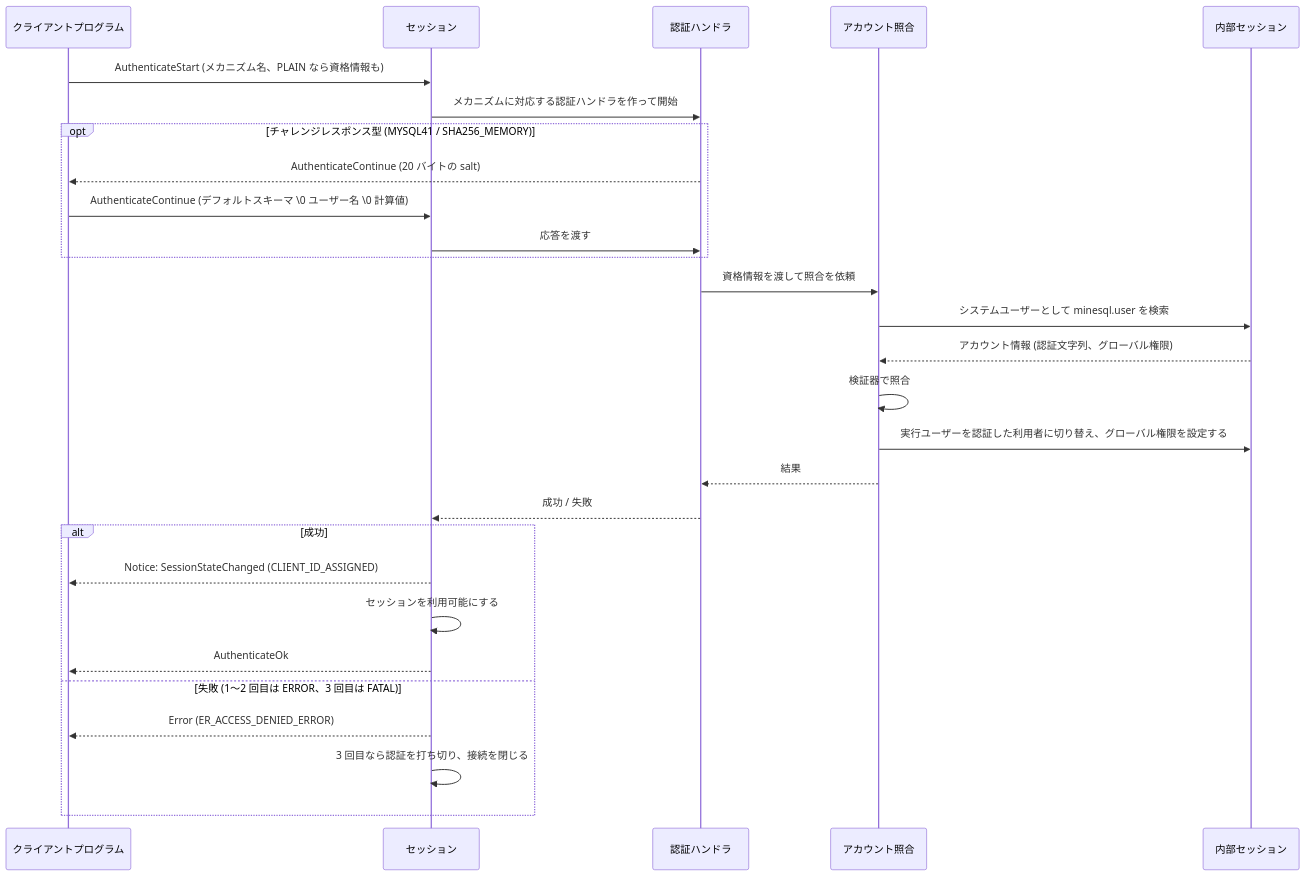
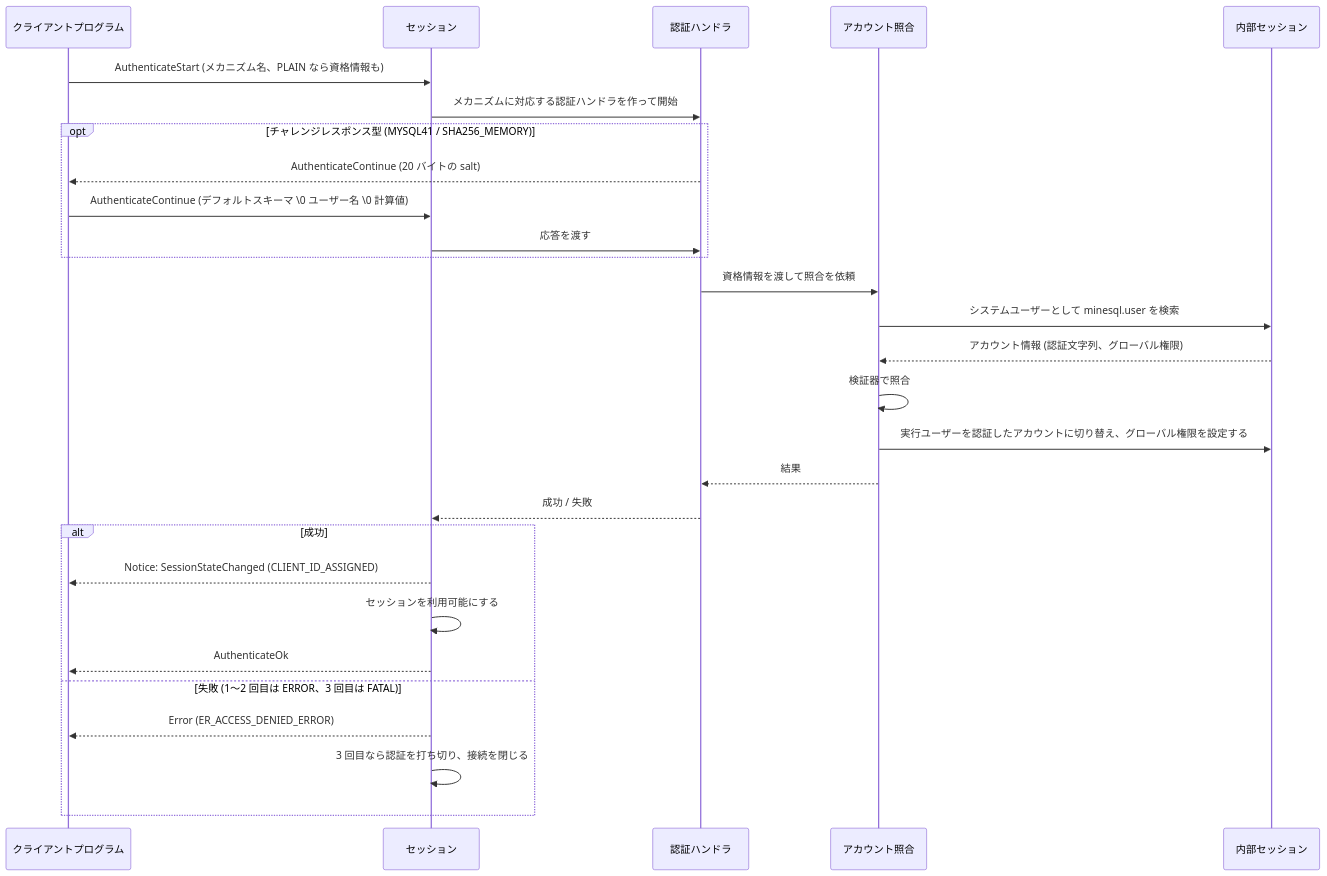
One commit to ren-yamanashi/minesql changed the second of 2 diagrams in docs/specification/connection/authentication.md. Above: the diagram before and after it, drawn with Mermaid. The commit also changed other lines of this file and 3 other files, not shown here.

````diff
--- a/docs/specification/connection/authentication.md
+++ b/docs/specification/connection/authentication.md
@@ -79,30 +79,30 @@
 ```mermaid
 sequenceDiagram
     participant C as クライアントプログラム
     participant S as セッション
     participant A as 認証ハンドラ
     participant V as アカウント照合
     participant I as 内部セッション
     C->>S: AuthenticateStart (メカニズム名、PLAIN なら資格情報も)
     S->>A: メカニズムに対応する認証ハンドラを作って開始
     opt チャレンジレスポンス型 (MYSQL41 / SHA256_MEMORY)
         A-->>C: AuthenticateContinue (20 バイトの salt)
         C->>S: AuthenticateContinue (デフォルトスキーマ \0 ユーザー名 \0 計算値)
         S->>A: 応答を渡す
     end
     A->>V: 資格情報を渡して照合を依頼
     V->>I: システムユーザーとして minesql.user を検索
     I-->>V: アカウント情報 (認証文字列、グローバル権限)
     V->>V: 検証器で照合
-    V->>I: 実行ユーザーを認証した利用者に切り替え、グローバル権限を設定する
+    V->>I: 実行ユーザーを認証したアカウントに切り替え、グローバル権限を設定する
     V-->>A: 結果
     A-->>S: 成功 / 失敗
     alt 成功
         S-->>C: Notice: SessionStateChanged (CLIENT_ID_ASSIGNED)
         S->>S: セッションを利用可能にする
         S-->>C: AuthenticateOk
     else 失敗 (1〜2 回目は ERROR、3 回目は FATAL)
         S-->>C: Error (ER_ACCESS_DENIED_ERROR)
         S->>S: 3 回目なら認証を打ち切り、接続を閉じる
     end
 ```
````
